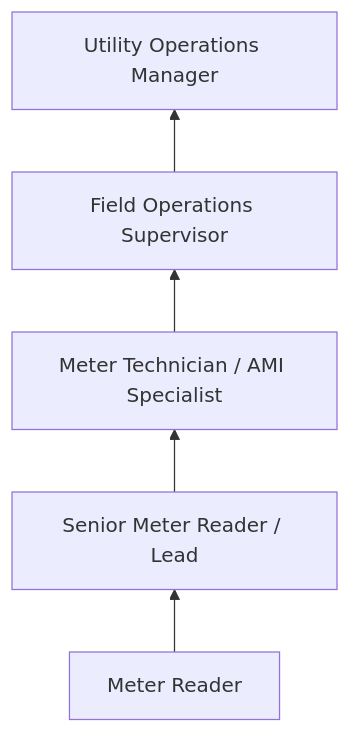
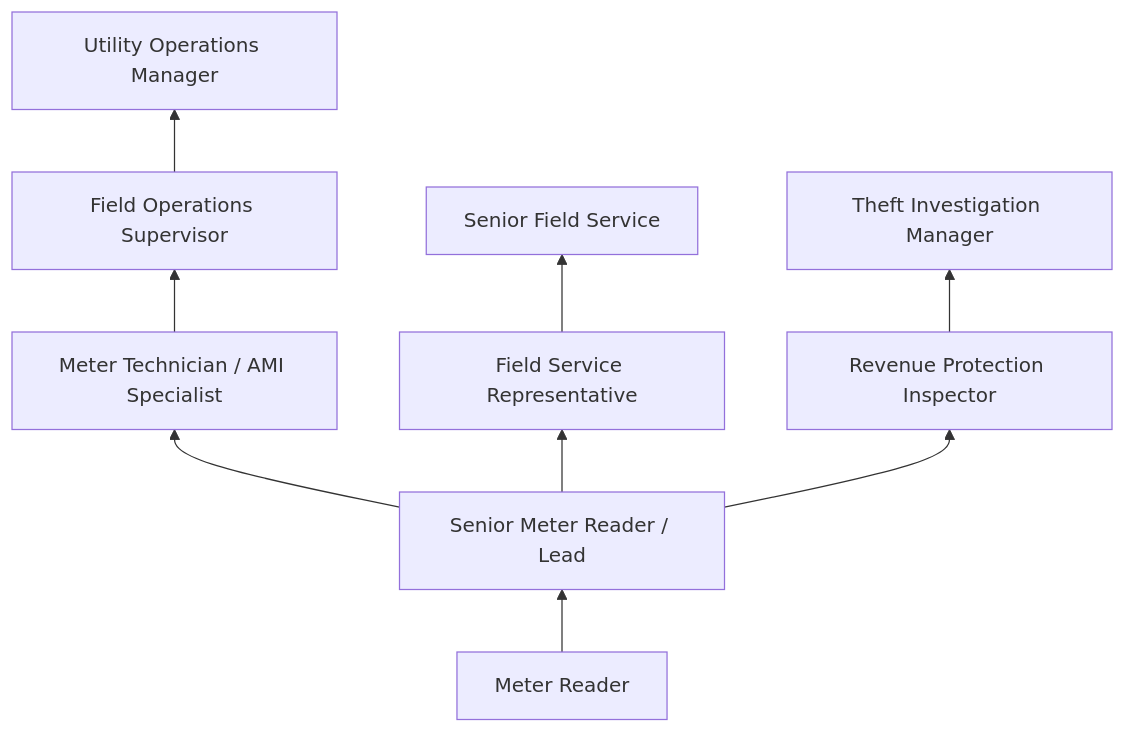
One commit to kziemski/business.org.ai changed the third of 4 diagrams in occupations/Administrative/MeterReadersUtilities.mdx. Above: the diagram before and after it, drawn with Mermaid. The commit also changed other lines of this file and 19 other files, not shown here.

````diff
--- a/occupations/Administrative/MeterReadersUtilities.mdx
+++ b/occupations/Administrative/MeterReadersUtilities.mdx
@@ -74,7 +179,13 @@
 ```mermaid
 graph BT
     Entry["Meter Reader"] --> Mid["Senior Meter Reader / Lead"]
     Mid --> Tech["Meter Technician / AMI Specialist"]
     Tech --> Supervisor["Field Operations Supervisor"]
     Supervisor --> Manager["Utility Operations Manager"]
+
+    Mid --> Service["Field Service Representative"]
+    Service --> SrService["Senior Field Service"]
+
+    Mid --> Inspector["Revenue Protection Inspector"]
+    Inspector --> InspMgr["Theft Investigation Manager"]
 ```
````
